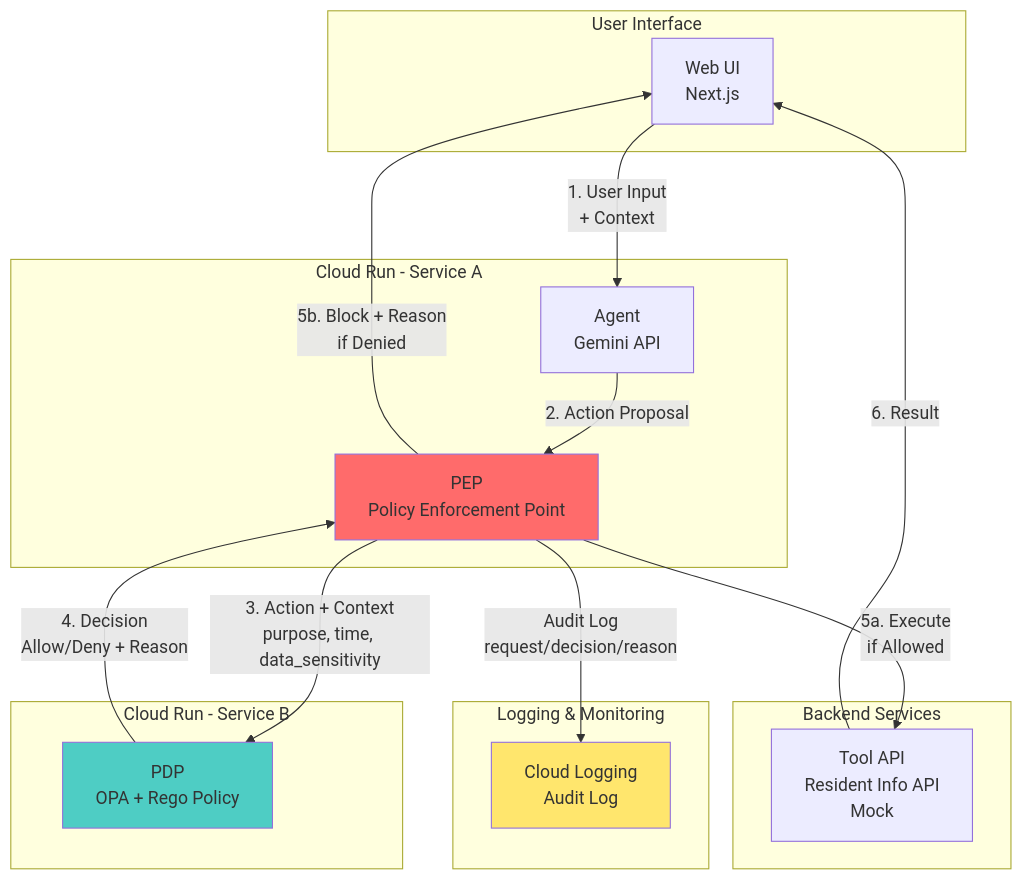
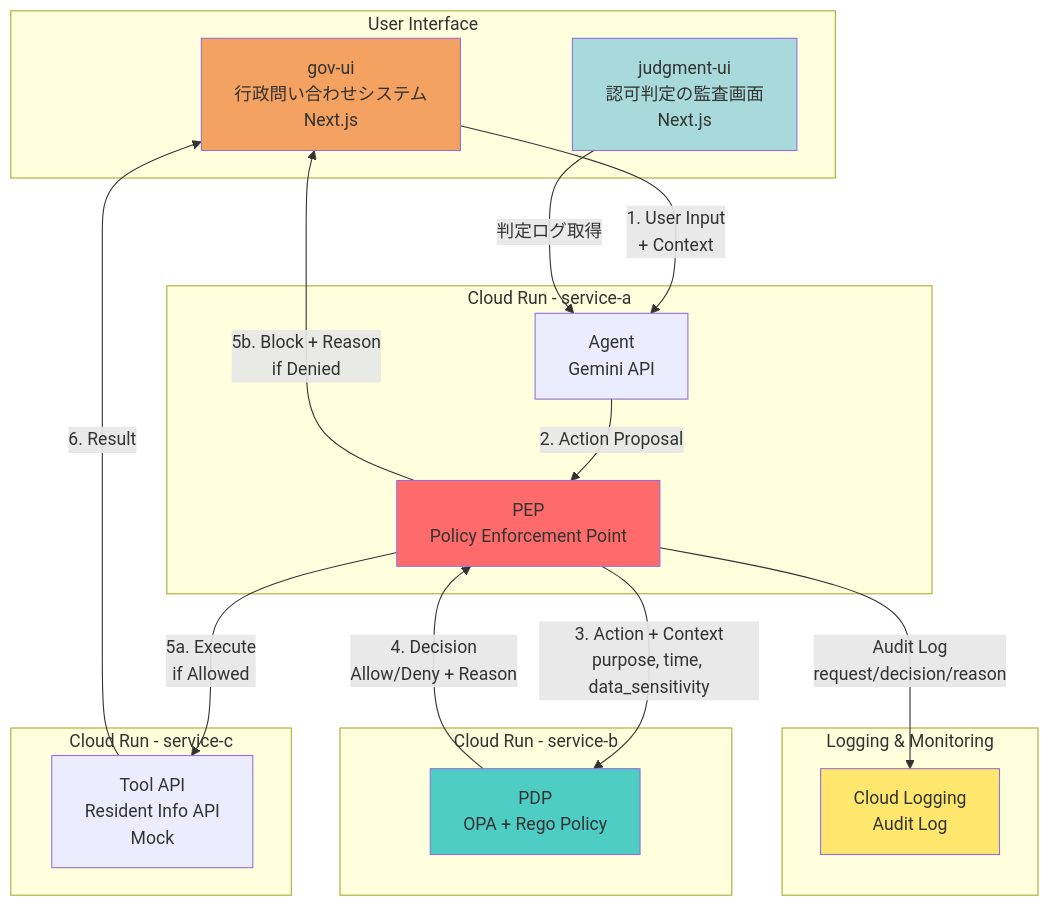
One commit to appmth/action-gated-authorization-poc changed the first of 4 diagrams in diagrams/01-architecture.md. Above: the diagram before and after it, drawn with Mermaid. The commit also changed other lines of this file, not shown here.

First line of the commit message:
docs: update architecture diagram for 5-service configuration

````diff
--- a/diagrams/01-architecture.md
+++ b/diagrams/01-architecture.md
@@ -213,36 +230,41 @@
 ```mermaid
 graph TB
     subgraph "User Interface"
-        UI[Web UI<br/>Next.js]
+        GovUI[gov-ui<br/>行政問い合わせシステム<br/>Next.js]
+        JudgmentUI[judgment-ui<br/>認可判定の監査画面<br/>Next.js]
     end
 
-    subgraph "Cloud Run - Service A"
+    subgraph "Cloud Run - service-a"
         Agent[Agent<br/>Gemini API]
         PEP[PEP<br/>Policy Enforcement Point]
     end
 
-    subgraph "Cloud Run - Service B"
+    subgraph "Cloud Run - service-b"
         PDP[PDP<br/>OPA + Rego Policy]
     end
 
-    subgraph "Backend Services"
+    subgraph "Cloud Run - service-c"
         Tool[Tool API<br/>Resident Info API<br/>Mock]
     end
 
     subgraph "Logging & Monitoring"
         Logging[Cloud Logging<br/>Audit Log]
     end
 
-    UI -->|1. User Input<br/>+ Context| Agent
+    GovUI -->|1. User Input<br/>+ Context| Agent
     Agent -->|2. Action Proposal| PEP
     PEP -->|3. Action + Context<br/>purpose, time, data_sensitivity| PDP
     PDP -->|4. Decision<br/>Allow/Deny + Reason| PEP
     PEP -->|5a. Execute<br/>if Allowed| Tool
-    PEP -->|5b. Block + Reason<br/>if Denied| UI
-    Tool -->|6. Result| UI
+    PEP -->|5b. Block + Reason<br/>if Denied| GovUI
+    Tool -->|6. Result| GovUI
     PEP -->|Audit Log<br/>request/decision/reason| Logging
+
+    JudgmentUI -->|判定ログ取得| Agent
 
     style PEP fill:#ff6b6b
     style PDP fill:#4ecdc4
     style Logging fill:#ffe66d
+    style JudgmentUI fill:#a8dadc
+    style GovUI fill:#f4a261
 ```
````
